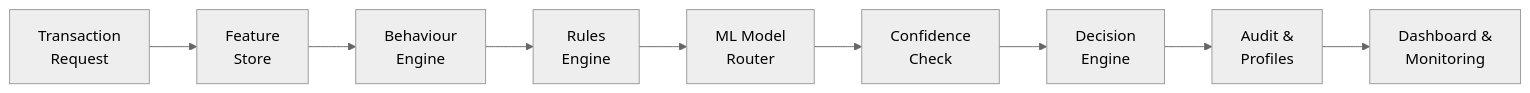
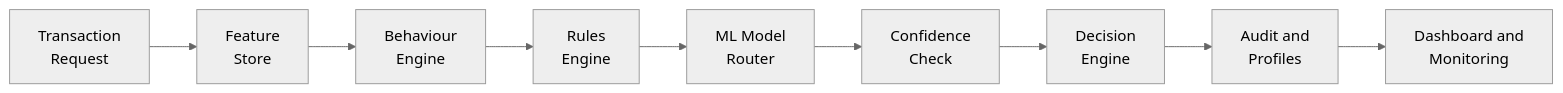
One commit to Tadeni00/RiskLens changed the first of 7 diagrams in README.md. Above: the diagram before and after it, drawn with Mermaid (neutral theme). The commit also changed other lines of this file and 8 other files, not shown here.

````diff
--- a/README.md
+++ b/README.md
@@ -149,11 +152,11 @@
 ```mermaid
 graph LR
     TXN[Transaction<br/>Request] --> L1[Feature<br/>Store]
     L1 --> L2[Behaviour<br/>Engine]
     L2 --> L3[Rules<br/>Engine]
     L3 --> L4[ML Model<br/>Router]
     L4 --> L5[Confidence<br/>Check]
     L5 --> L6[Decision<br/>Engine]
-    L6 --> L7[Audit &<br/>Profiles]
-    L7 --> L8[Dashboard &<br/>Monitoring]
+    L6 --> L7[Audit and<br/>Profiles]
+    L7 --> L8[Dashboard and<br/>Monitoring]
 ```
````
